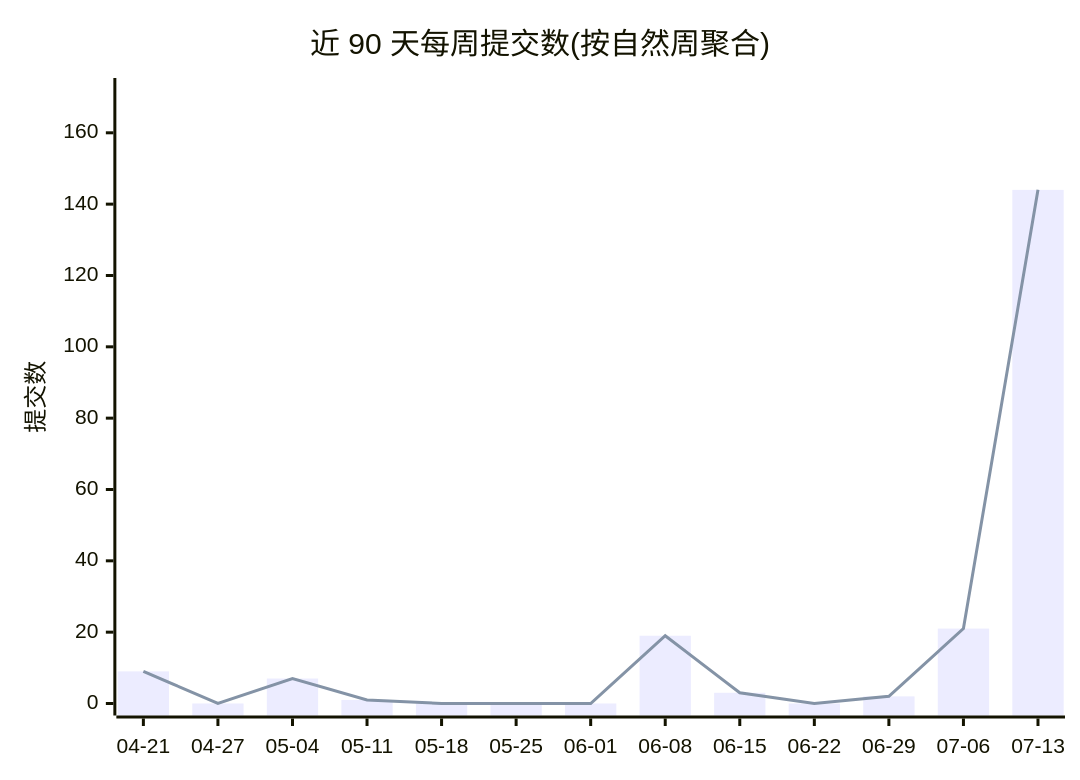
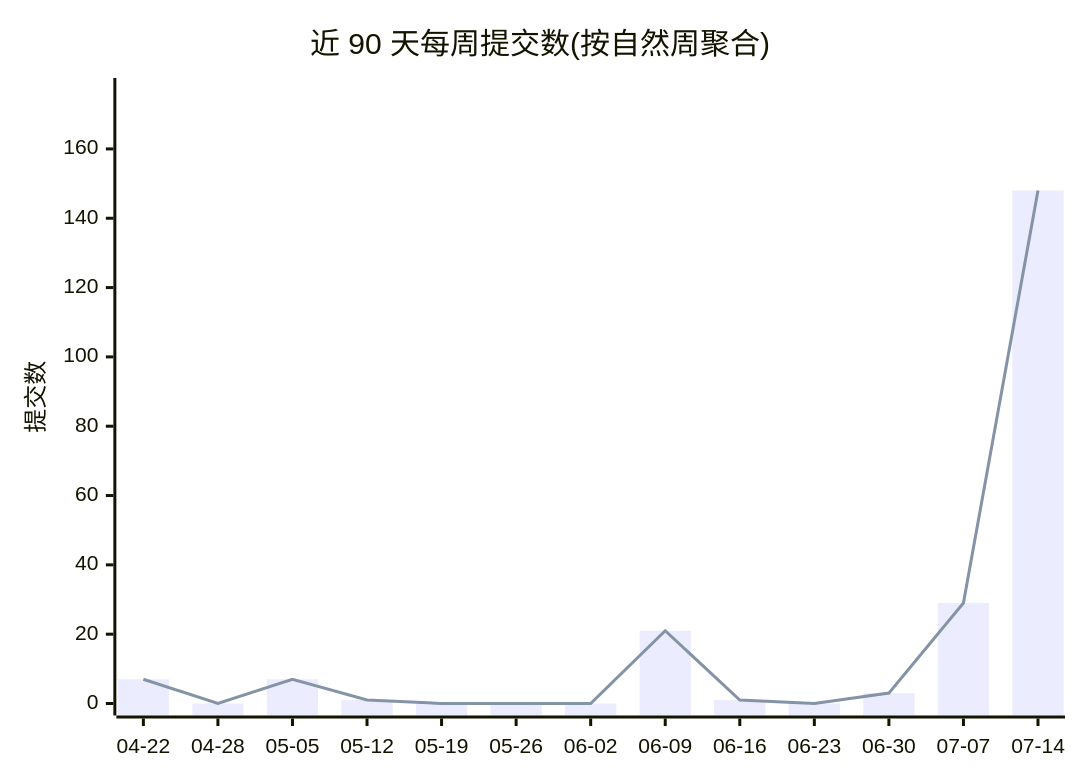
The first of 2 diagrams in profile/README.md (Conflux-Union/.github), drawn with Mermaid before and after one commit. The commit also changed other lines of this file and 1 other file, not shown here.

````diff
--- a/profile/README.md
+++ b/profile/README.md
@@ -44,8 +44,8 @@
 ```mermaid
 xychart-beta
     title "近 90 天每周提交数(按自然周聚合)"
-    x-axis ["04-21", "04-27", "05-04", "05-11", "05-18", "05-25", "06-01", "06-08", "06-15", "06-22", "06-29", "07-06", "07-13"]
-    y-axis "提交数" 0 --> 172
-    bar [9, 0, 7, 1, 0, 0, 0, 19, 3, 0, 2, 21, 144]
-    line [9, 0, 7, 1, 0, 0, 0, 19, 3, 0, 2, 21, 144]
+    x-axis ["04-22", "04-28", "05-05", "05-12", "05-19", "05-26", "06-02", "06-09", "06-16", "06-23", "06-30", "07-07", "07-14"]
+    y-axis "提交数" 0 --> 177
+    bar [7, 0, 7, 1, 0, 0, 0, 21, 1, 0, 3, 29, 148]
+    line [7, 0, 7, 1, 0, 0, 0, 21, 1, 0, 3, 29, 148]
 ```
````
